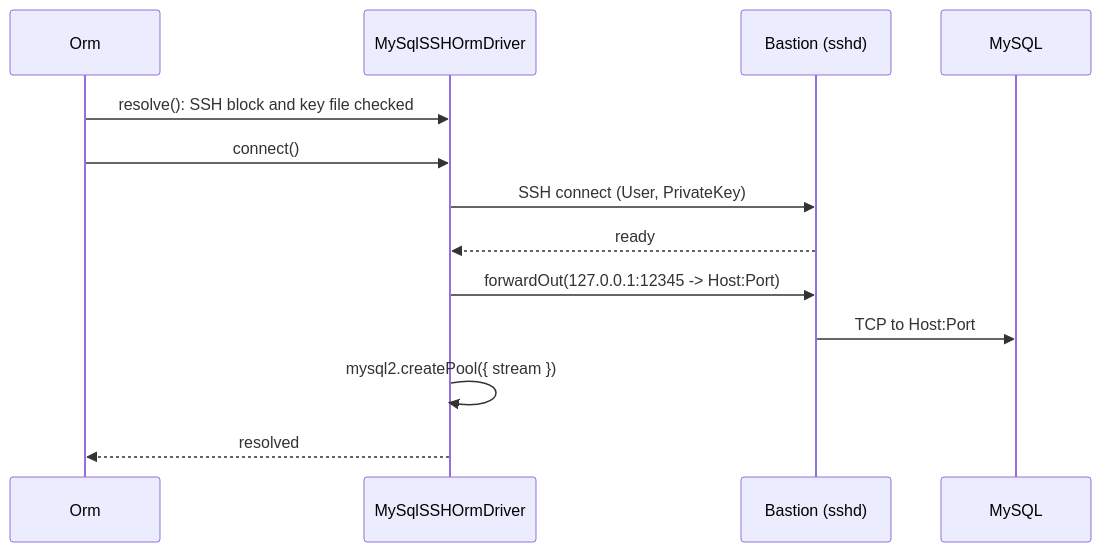
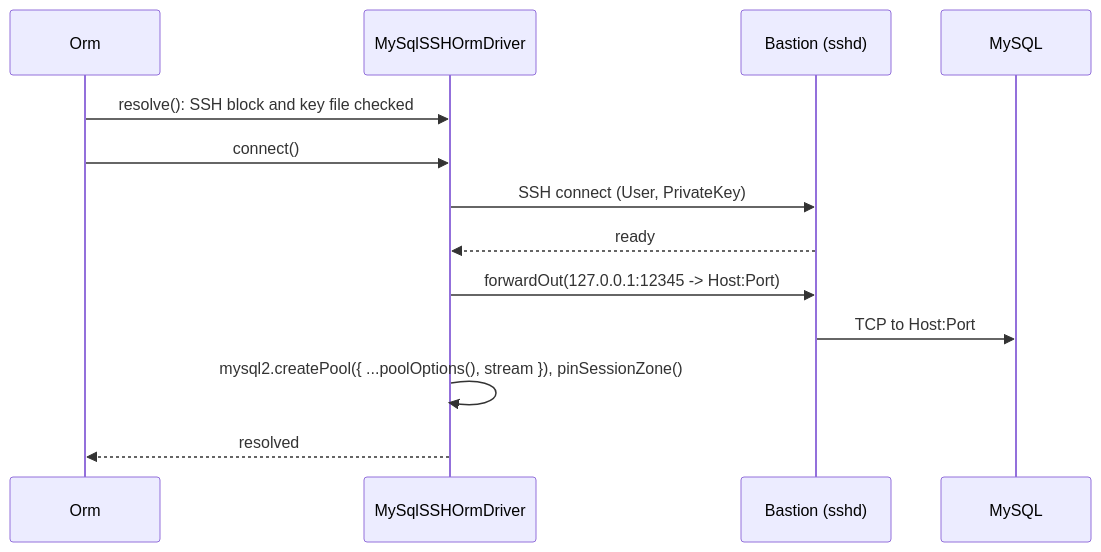
One commit to spinajs/main changed the diagram in docs/orm-mysql/02-ssh-tunnel.md. Above: the diagram before and after it, drawn with Mermaid. The commit also changed other lines of this file and 55 other files, not shown here.

````diff
--- a/docs/orm-mysql/02-ssh-tunnel.md
+++ b/docs/orm-mysql/02-ssh-tunnel.md
@@ -19,15 +19,15 @@
 ```mermaid
 sequenceDiagram
   participant O as Orm
   participant D as MySqlSSHOrmDriver
   participant S as Bastion (sshd)
   participant M as MySQL
   O->>D: resolve(): SSH block and key file checked
   O->>D: connect()
   D->>S: SSH connect (User, PrivateKey)
   S-->>D: ready
   D->>S: forwardOut(127.0.0.1:12345 -> Host:Port)
   S->>M: TCP to Host:Port
-  D->>D: mysql2.createPool({ stream })
+  D->>D: mysql2.createPool({ ...poolOptions(), stream }), pinSessionZone()
   D-->>O: resolved
 ```
````
